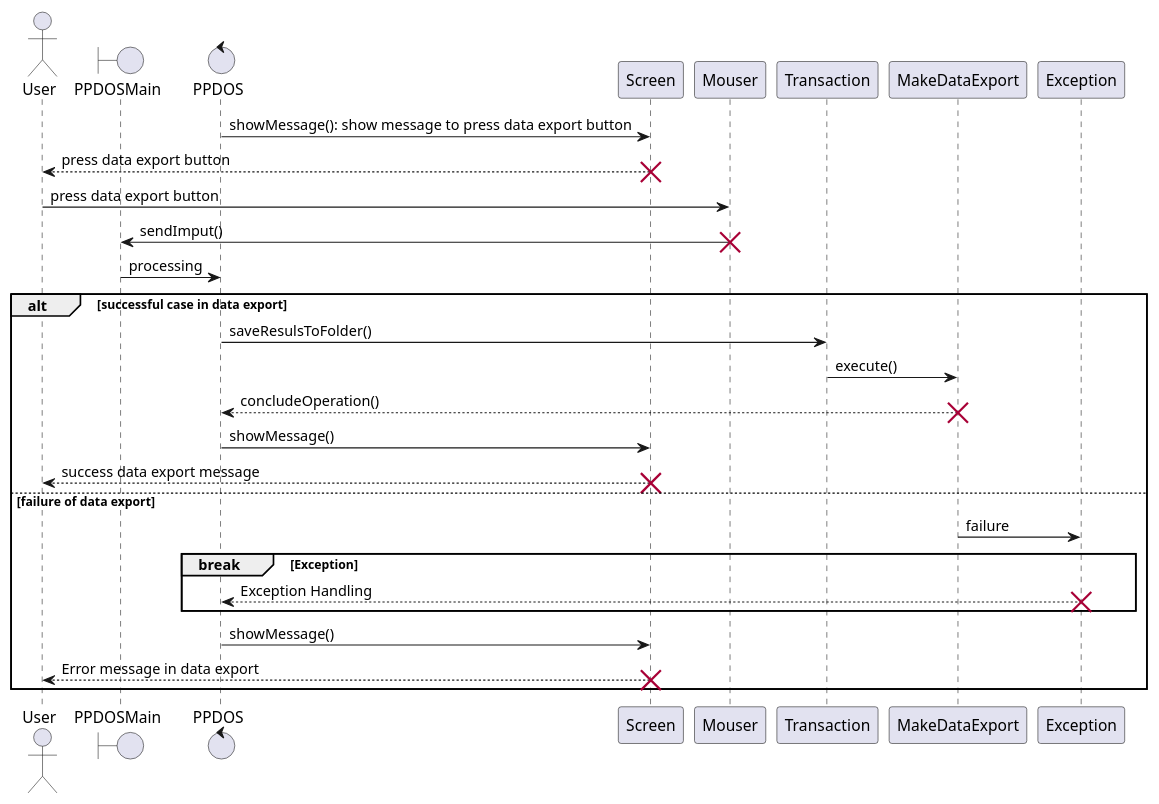
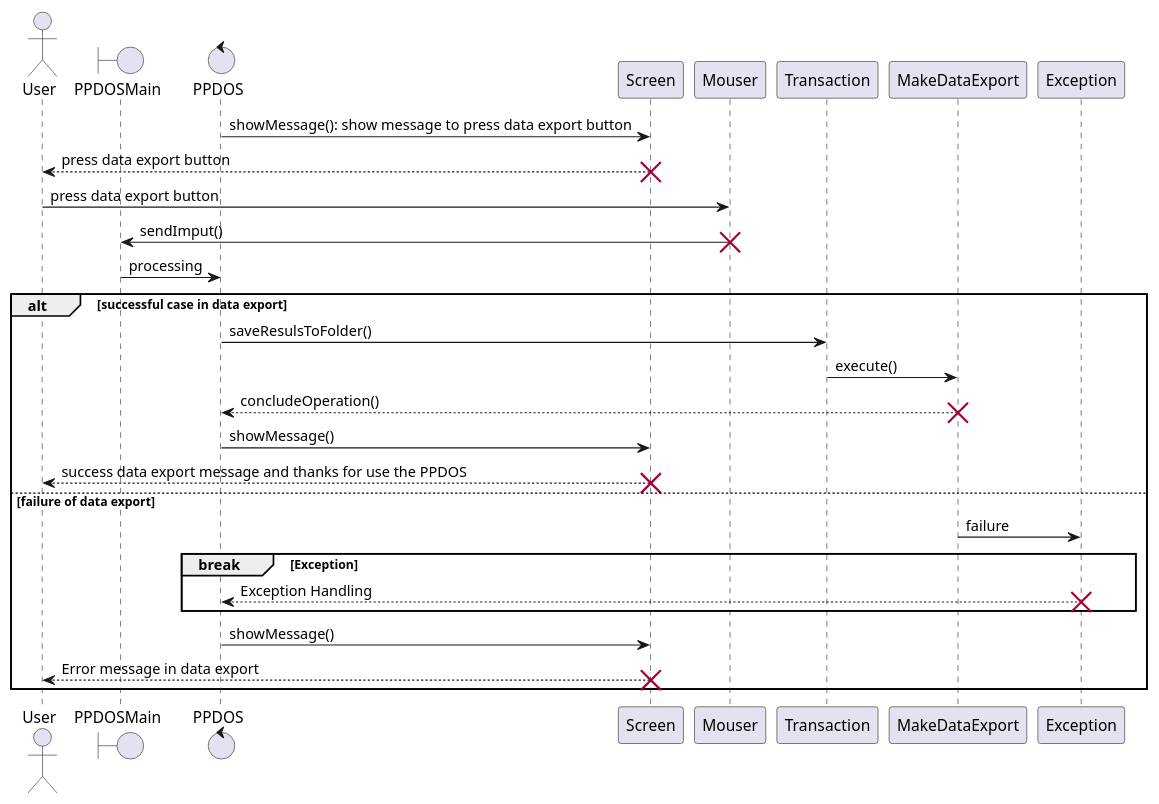
One commit to MarcioFreitasUFSC21/OptimizationPetroleumProductionSystem changed the diagram in SequenceDiagramExporter.plantuml. Above: the diagram before and after it, drawn with PlantUML.

Commit message:
the really Sequence Diagrams of PPDOS have concludedgit add .

```diff
--- a/SequenceDiagramExporter.plantuml
+++ b/SequenceDiagramExporter.plantuml
@@ -1,30 +1,30 @@
 @startuml
 actor User as Foo1
 boundary PPDOSMain as Foo2
 control PPDOS as Foo3
 Foo3 -> Screen: showMessage(): show message to press data export button
 Screen --> Foo1: press data export button
 destroy Screen
 Foo1 -> Mouser: press data export button
 Mouser -> Foo2: sendImput()
 destroy Mouser
 Foo2 -> Foo3: processing
 alt successful case in data export
     Foo3 -> Transaction: saveResulsToFolder()
     Transaction -> MakeDataExport: execute()
     MakeDataExport --> Foo3:concludeOperation()
     destroy MakeDataExport
     Foo3 -> Screen: showMessage() 
-    Screen --> Foo1: success data export message
+    Screen --> Foo1: success data export message and thanks for use the PPDOS
     destroy Screen
 else failure of data export
     MakeDataExport -> Exception: failure
     break Exception 
         Exception  --> Foo3: Exception Handling 
         destroy Exception
     end 
     Foo3 -> Screen: showMessage()
     Screen --> Foo1: Error message in data export
     destroy Screen
 end
 @enduml
```
